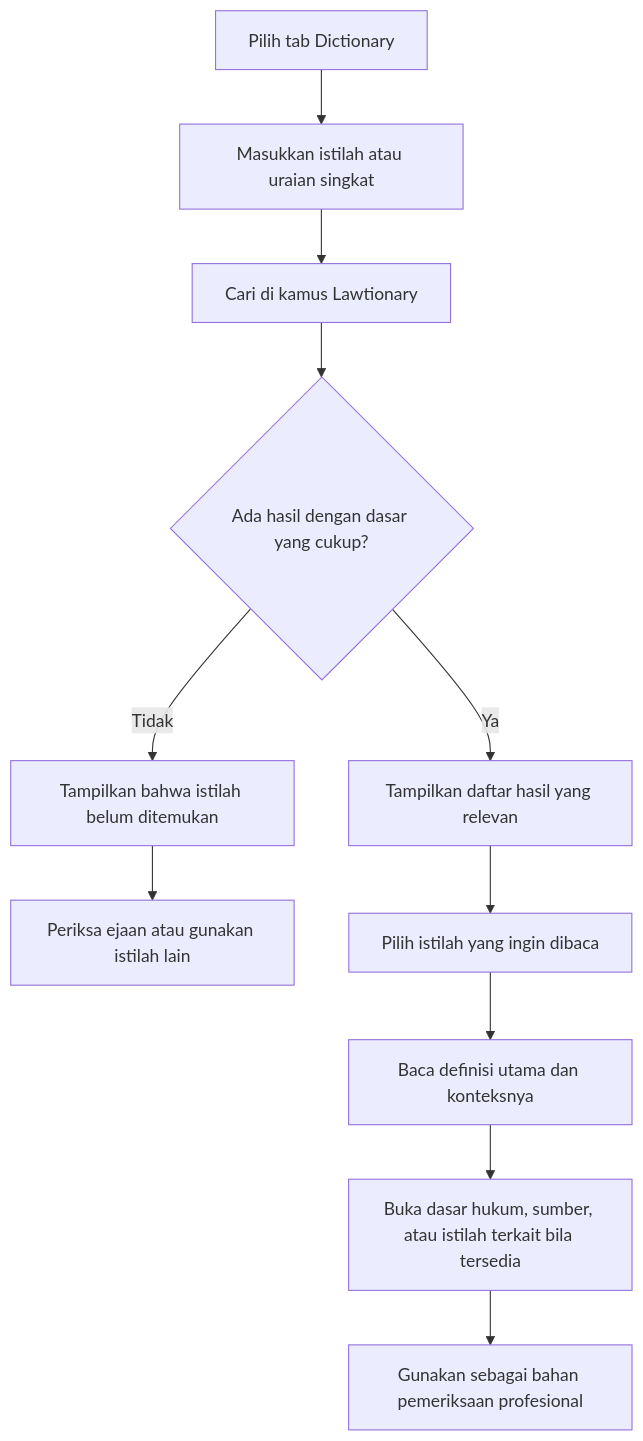
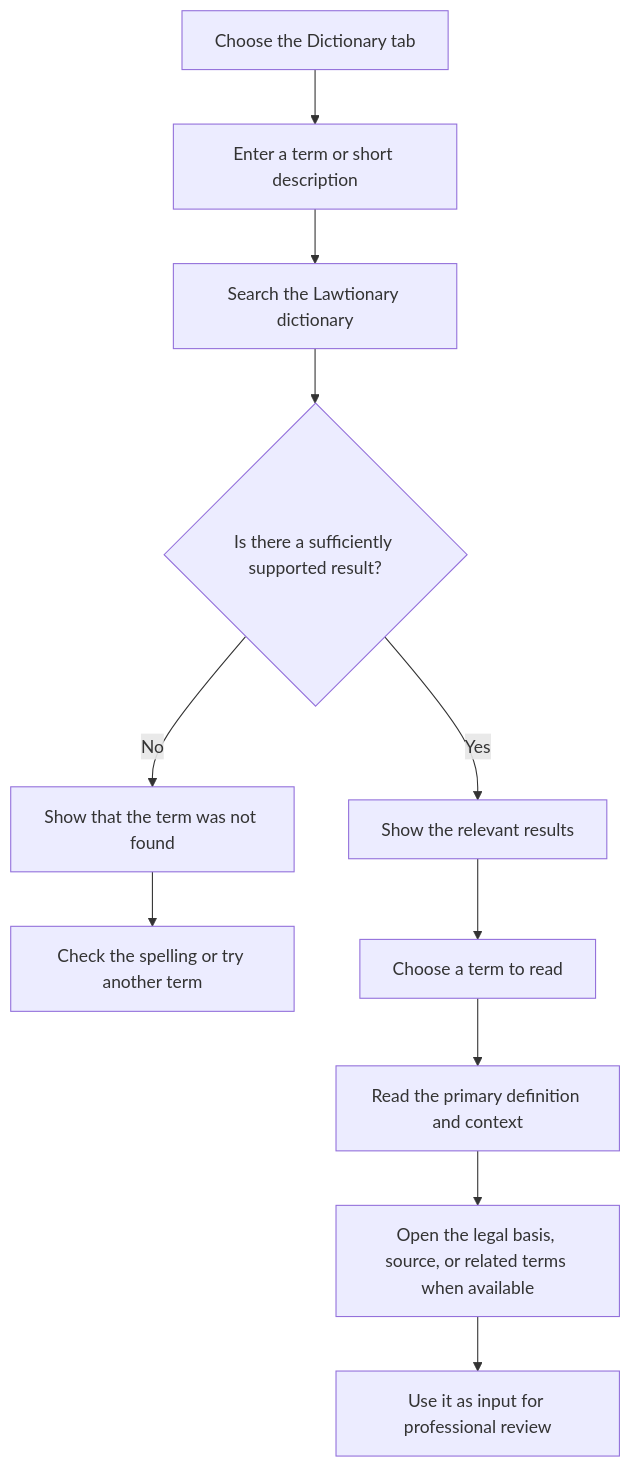
Before and after one commit to MorpKnight/AMT: the second of 2 diagrams in README.md, drawn with Mermaid. The commit also changed other lines of this file, not shown here.

```diff
--- a/README.md
+++ b/README.md
@@ -80,13 +80,13 @@
 ~~~mermaid
 flowchart TD
-    A["Pilih tab Dictionary"] --> B["Masukkan istilah atau uraian singkat"]
-    B --> C["Cari di kamus Lawtionary"]
-    C --> D{"Ada hasil dengan dasar yang cukup?"}
-    D -- "Tidak" --> E["Tampilkan bahwa istilah belum ditemukan"]
-    E --> F["Periksa ejaan atau gunakan istilah lain"]
-    D -- "Ya" --> G["Tampilkan daftar hasil yang relevan"]
-    G --> H["Pilih istilah yang ingin dibaca"]
-    H --> I["Baca definisi utama dan konteksnya"]
-    I --> J["Buka dasar hukum, sumber, atau istilah terkait bila tersedia"]
-    J --> K["Gunakan sebagai bahan pemeriksaan profesional"]
+    A["Choose the Dictionary tab"] --> B["Enter a term or short description"]
+    B --> C["Search the Lawtionary dictionary"]
+    C --> D{"Is there a sufficiently supported result?"}
+    D -- "No" --> E["Show that the term was not found"]
+    E --> F["Check the spelling or try another term"]
+    D -- "Yes" --> G["Show the relevant results"]
+    G --> H["Choose a term to read"]
+    H --> I["Read the primary definition and context"]
+    I --> J["Open the legal basis, source, or related terms when available"]
+    J --> K["Use it as input for professional review"]
 ~~~
```
